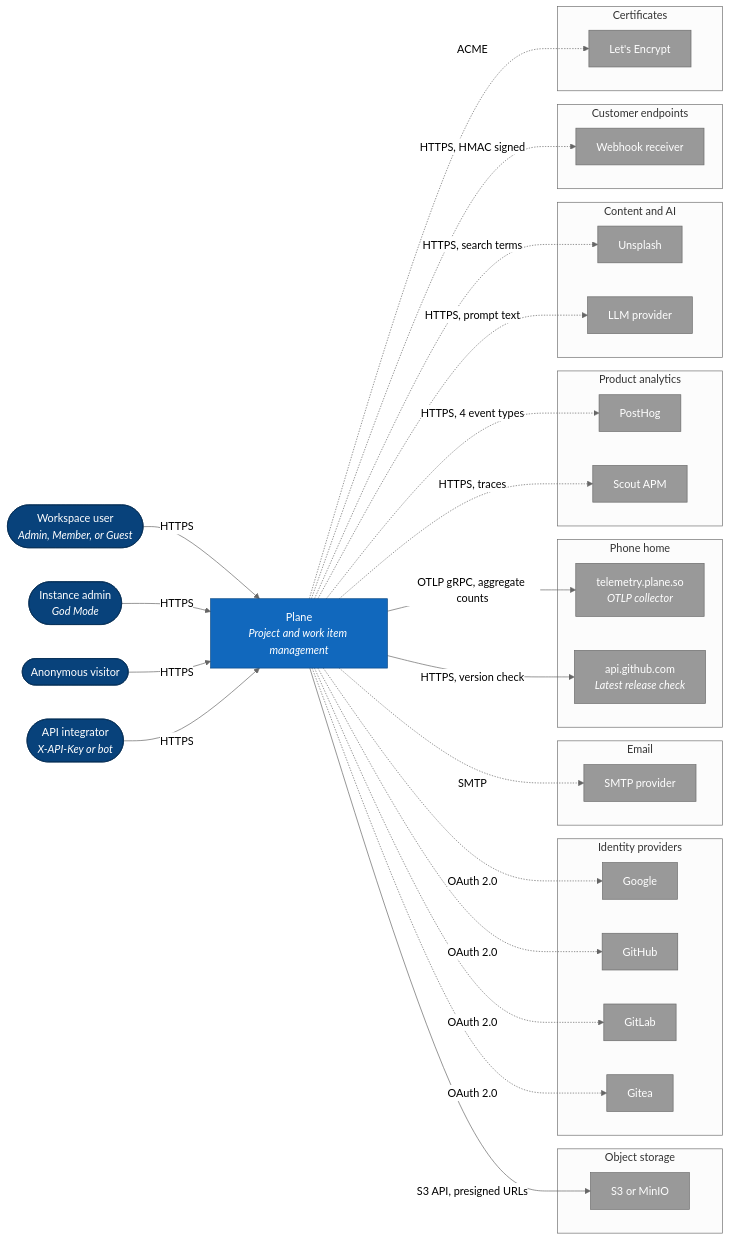
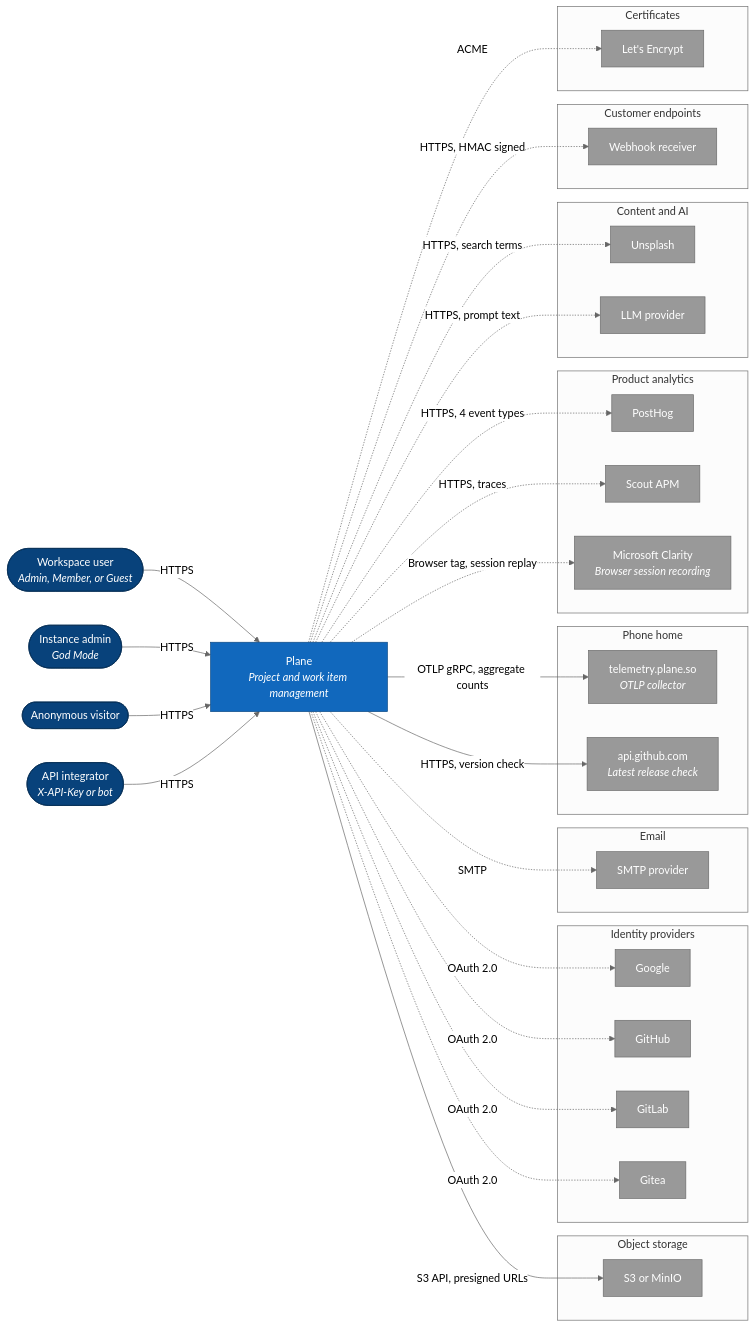
Before and after one commit to psarma89/plane: the diagram in docs/architecture/c4/context/01-system-context.md, drawn with Mermaid (neutral theme). The commit also changed other lines of this file and 4 other files, not shown here.

````diff
--- a/docs/architecture/c4/context/01-system-context.md
+++ b/docs/architecture/c4/context/01-system-context.md
@@ -11,74 +11,76 @@
 ```mermaid
 flowchart LR
     member(["Workspace user<br/><i>Admin, Member, or Guest</i>"])
     instadmin(["Instance admin<br/><i>God Mode</i>"])
     visitor(["Anonymous visitor"])
     integrator(["API integrator<br/><i>X-API-Key or bot</i>"])
 
     plane["Plane<br/><i>Project and work item management</i>"]
 
     subgraph store["Object storage"]
         s3["S3 or MinIO"]
     end
 
     subgraph identity["Identity providers"]
         google["Google"]
         gh["GitHub"]
         gl["GitLab"]
         gitea["Gitea"]
     end
 
     subgraph mail["Email"]
         smtp["SMTP provider"]
     end
 
     subgraph phone["Phone home"]
         otlp["telemetry.plane.so<br/><i>OTLP collector</i>"]
         ghrel["api.github.com<br/><i>Latest release check</i>"]
     end
 
     subgraph obs["Product analytics"]
         posthog["PostHog"]
         scout["Scout APM"]
+        clarity["Microsoft Clarity<br/><i>Browser session recording</i>"]
     end
 
     subgraph content["Content and AI"]
         unsplash["Unsplash"]
         llm["LLM provider"]
     end
 
     subgraph outbound["Customer endpoints"]
         hook["Webhook receiver"]
     end
 
     subgraph certs["Certificates"]
         acme["Let's Encrypt"]
     end
 
     member -->|"HTTPS"| plane
     instadmin -->|"HTTPS"| plane
     visitor -->|"HTTPS"| plane
     integrator -->|"HTTPS"| plane
 
     plane -->|"S3 API, presigned URLs"| s3
     plane -->|"OTLP gRPC, aggregate counts"| otlp
     plane -->|"HTTPS, version check"| ghrel
     plane -.->|"OAuth 2.0"| google
     plane -.->|"OAuth 2.0"| gh
     plane -.->|"OAuth 2.0"| gl
     plane -.->|"OAuth 2.0"| gitea
     plane -.->|"SMTP"| smtp
     plane -.->|"HTTPS, 4 event types"| posthog
     plane -.->|"HTTPS, traces"| scout
+    plane -.->|"Browser tag, session replay"| clarity
     plane -.->|"HTTPS, search terms"| unsplash
     plane -.->|"HTTPS, prompt text"| llm
     plane -.->|"HTTPS, HMAC signed"| hook
     plane -.->|"ACME"| acme
 
     classDef person fill:#08427b,stroke:#052e56,color:#ffffff
     classDef container fill:#1168bd,stroke:#0b4884,color:#ffffff
     classDef ext fill:#999999,stroke:#6b6b6b,color:#ffffff
     class member,instadmin,visitor,integrator person
     class plane container
-    class s3,google,gh,gl,gitea,smtp,otlp,ghrel,posthog,scout,unsplash,llm,hook,acme ext
+    class s3,google,gh,gl,gitea,smtp,otlp,ghrel,posthog,scout,clarity,unsplash,llm,hook,acme ext
 ```
````
